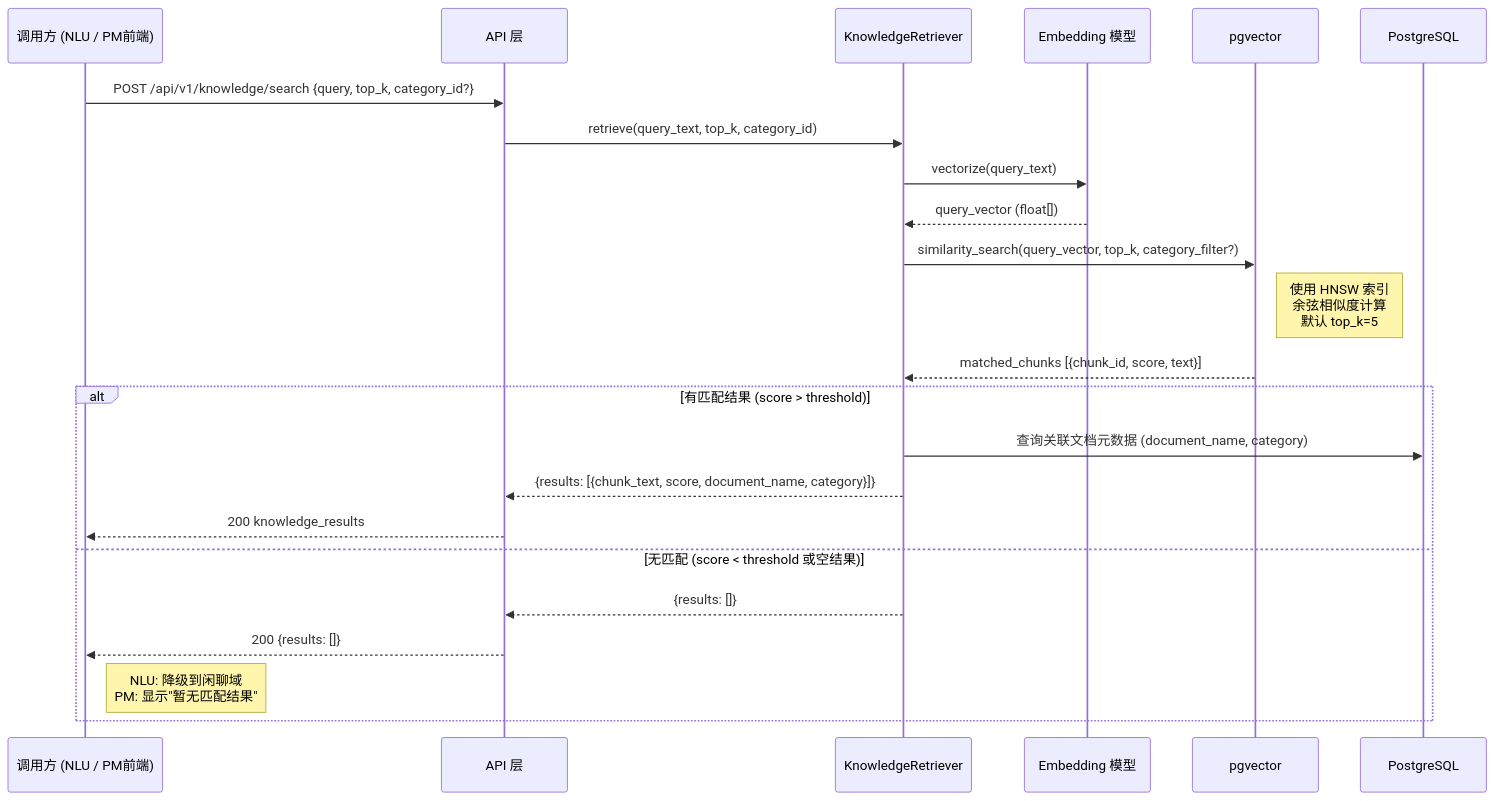
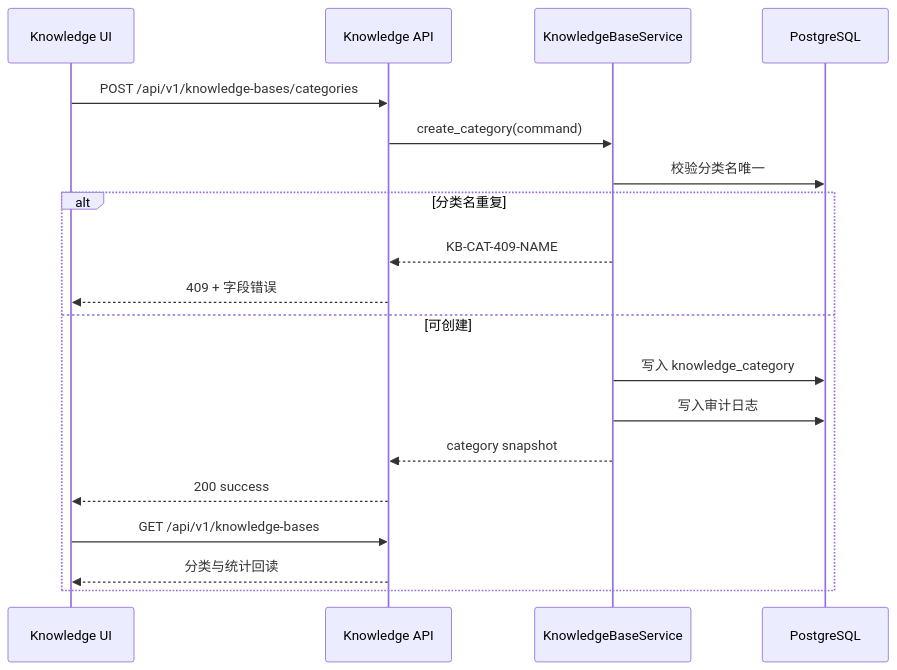
Before and after one commit to WangShaoyu1/spec_kit_superpower: the first of 3 diagrams in specs/master/ad/ad-knowledge-base.md, drawn with Mermaid. The commit also changed other lines of this file and 416 other files, not shown here.

````diff
--- a/specs/master/ad/ad-knowledge-base.md
+++ b/specs/master/ad/ad-knowledge-base.md
@@ -127,30 +44,22 @@
 ```mermaid
 sequenceDiagram
-    participant Caller as 调用方 (NLU / PM前端)
-    participant API as API 层
-    participant KR as KnowledgeRetriever
-    participant EMB as Embedding 模型
-    participant PGV as pgvector
-    participant DB as PostgreSQL
+    participant FE as Knowledge UI
+    participant API as Knowledge API
+    participant SVC as KnowledgeBaseService
+    participant PG as PostgreSQL
 
-    Caller->>API: POST /api/v1/knowledge/search {query, top_k, category_id?}
-    API->>KR: retrieve(query_text, top_k, category_id)
-
-    KR->>EMB: vectorize(query_text)
-    EMB-->>KR: query_vector (float[])
-
-    KR->>PGV: similarity_search(query_vector, top_k, category_filter?)
-    Note right of PGV: 使用 HNSW 索引<br/>余弦相似度计算<br/>默认 top_k=5
-
-    PGV-->>KR: matched_chunks [{chunk_id, score, text}]
-
-    alt 有匹配结果 (score > threshold)
-        KR->>DB: 查询关联文档元数据 (document_name, category)
-        KR-->>API: {results: [{chunk_text, score, document_name, category}]}
-        API-->>Caller: 200 knowledge_results
-    else 无匹配 (score < threshold 或空结果)
-        KR-->>API: {results: []}
-        API-->>Caller: 200 {results: []}
-        Note right of Caller: NLU: 降级到闲聊域<br/>PM: 显示"暂无匹配结果"
+    FE->>API: POST /api/v1/knowledge-bases/categories
+    API->>SVC: create_category(command)
+    SVC->>PG: 校验分类名唯一
+    alt 分类名重复
+        SVC-->>API: KB-CAT-409-NAME
+        API-->>FE: 409 + 字段错误
+    else 可创建
+        SVC->>PG: 写入 knowledge_category
+        SVC->>PG: 写入审计日志
+        SVC-->>API: category snapshot
+        API-->>FE: 200 success
+        FE->>API: GET /api/v1/knowledge-bases
+        API-->>FE: 分类与统计回读
     end
 ```
````
